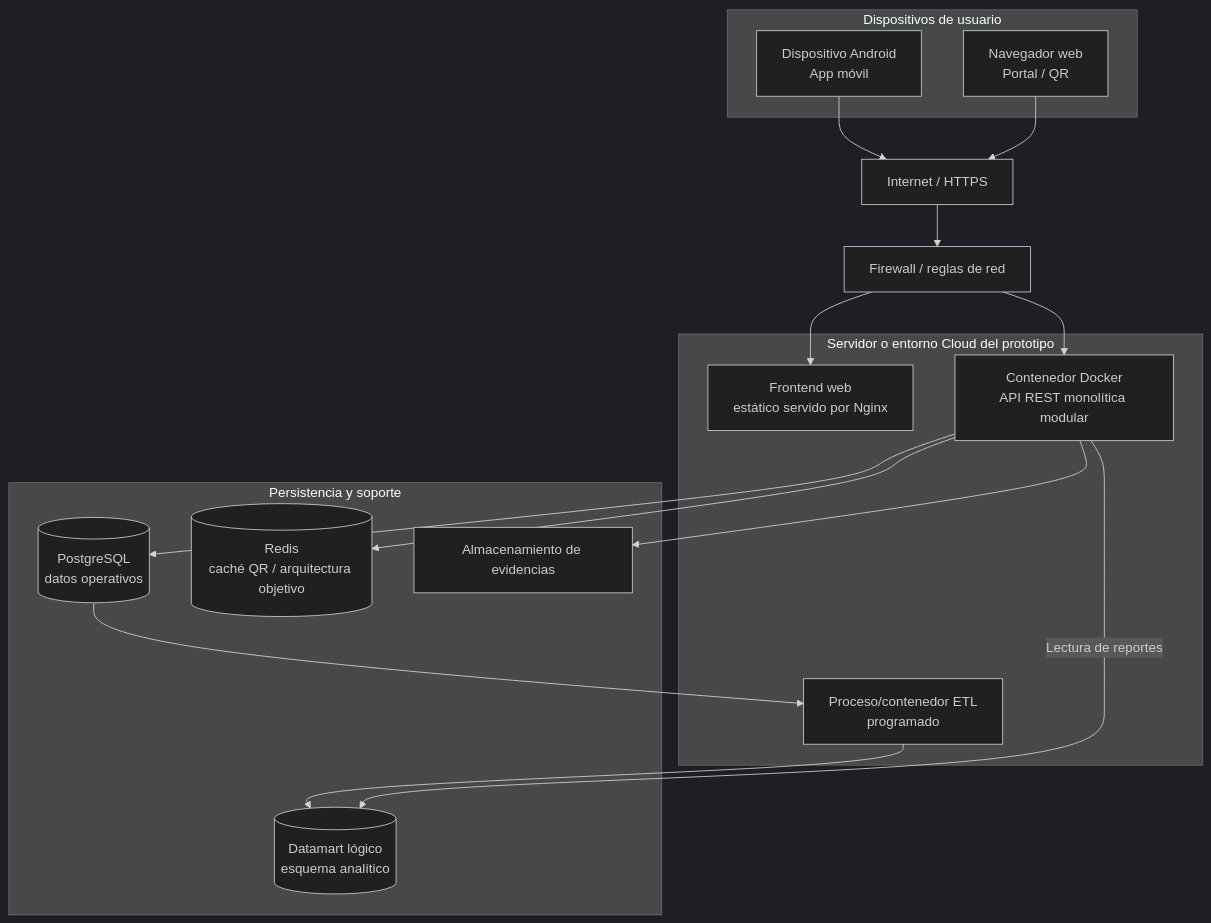
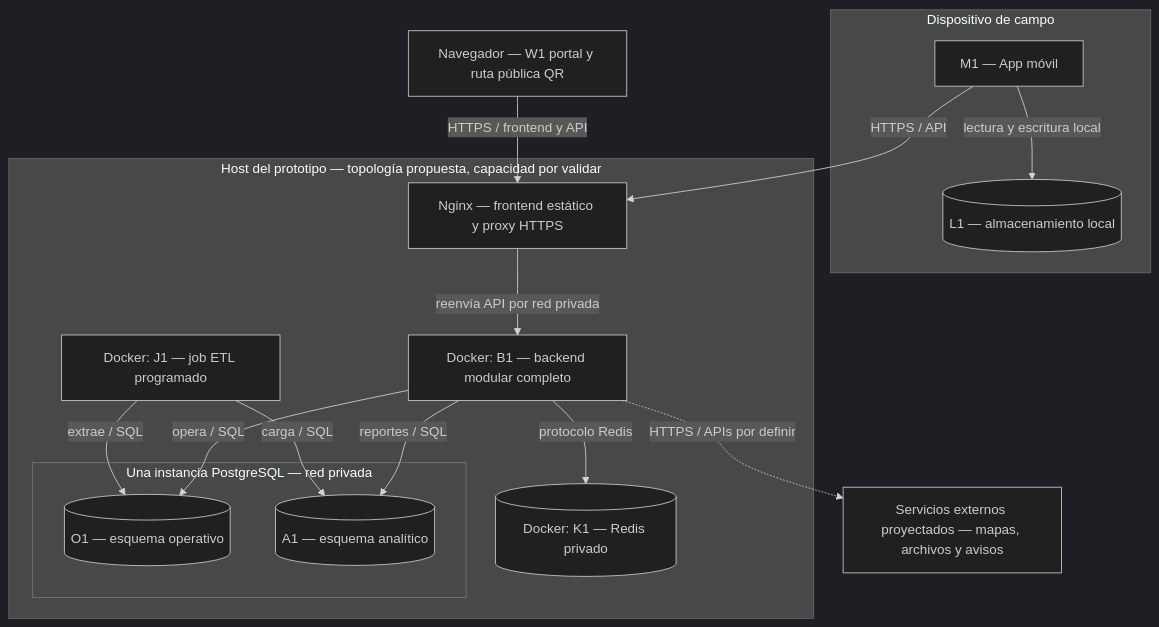
The diagram in docs/02-arquitectura/05-arquitectura-tecnica-despliegue.md (carlosgaraundo27-svg/Trazabilidad-Agricola-Arquitectura), drawn with Mermaid (dark theme) before and after one commit. The commit also changed 12 other files, not shown here.

```diff
--- a/docs/02-arquitectura/05-arquitectura-tecnica-despliegue.md
+++ b/docs/02-arquitectura/05-arquitectura-tecnica-despliegue.md
@@ -11,35 +11,29 @@
 ~~~mermaid
 flowchart TB
-    subgraph USERS["Dispositivos de usuario"]
-      ANDROID["Dispositivo Android<br/>App móvil"]
-      BROWSER["Navegador web<br/>Portal / QR"]
+    subgraph DC["Dispositivo de campo"]
+      M["M1 — App móvil"]
+      L[("L1 — almacenamiento local")]
+      M -->|"lectura y escritura local"| L
     end
-
-    INTERNET["Internet / HTTPS"]
-    FW["Firewall / reglas de red"]
-
-    subgraph HOST["Servidor o entorno Cloud del prototipo"]
-      WEB["Frontend web<br/>estático servido por Nginx"]
-      API["Contenedor Docker<br/>API REST monolítica modular"]
-      WORKER["Proceso/contenedor ETL<br/>programado"]
+    N["Navegador — W1 portal y ruta pública QR"]
+    subgraph HOST["Host del prototipo — topología propuesta, capacidad por validar"]
+      RP["Nginx — frontend estático y proxy HTTPS"]
+      API["Docker: B1 — backend modular completo"]
+      ETL["Docker: J1 — job ETL programado"]
+      subgraph DB["Una instancia PostgreSQL — red privada"]
+        O[("O1 — esquema operativo")]
+        A[("A1 — esquema analítico")]
+      end
+      R[("Docker: K1 — Redis privado")]
+      RP -->|"reenvía API por red privada"| API
+      API -->|"opera / SQL"| O
+      API -->|"reportes / SQL"| A
+      API -->|"protocolo Redis"| R
+      ETL -->|"extrae / SQL"| O
+      ETL -->|"carga / SQL"| A
     end
-
-    subgraph DATA["Persistencia y soporte"]
-      PG[("PostgreSQL<br/>datos operativos")]
-      REDIS[("Redis<br/>caché QR / arquitectura objetivo")]
-      DM[("Datamart lógico<br/>esquema analítico")]
-      FILES["Almacenamiento de evidencias"]
-    end
-
-    ANDROID --> INTERNET
-    BROWSER --> INTERNET
-    INTERNET --> FW
-    FW --> WEB
-    FW --> API
-    API --> PG
-    API --> REDIS
-    API --> FILES
-    PG --> WORKER
-    WORKER --> DM
-    API -->|"Lectura de reportes"| DM
+    EXT["Servicios externos proyectados — mapas, archivos y avisos"]
+    M -->|"HTTPS / API"| RP
+    N -->|"HTTPS / frontend y API"| RP
+    API -.->|"HTTPS / APIs por definir"| EXT
 ~~~
```
